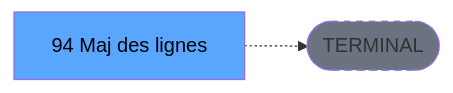
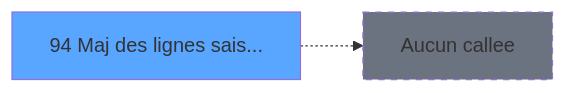
One commit to thonyAGP/lecteur-magic changed the third of 3 diagrams in .openspec/specs/ADH-IDE-94.md. Above: the diagram before and after it, drawn with Mermaid. The commit also changed other lines of this file and 96 other files, not shown here.

````diff
--- a/.openspec/specs/ADH-IDE-94.md
+++ b/.openspec/specs/ADH-IDE-94.md
@@ -137,8 +216,8 @@
 ```mermaid
 graph LR
-    T[94 Maj des lignes ]
-    TERM([TERMINAL])
-    T -.-> TERM
-    style TERM fill:#6b7280,stroke-dasharray: 5 5
-    style T fill:#58a6ff,color:#000
+    T94[94 Maj des lignes sais...]
+    style T94 fill:#58a6ff
+    NONE[Aucun callee]
+    T94 -.-> NONE
+    style NONE fill:#6b7280,stroke-dasharray: 5 5
 ```
````
